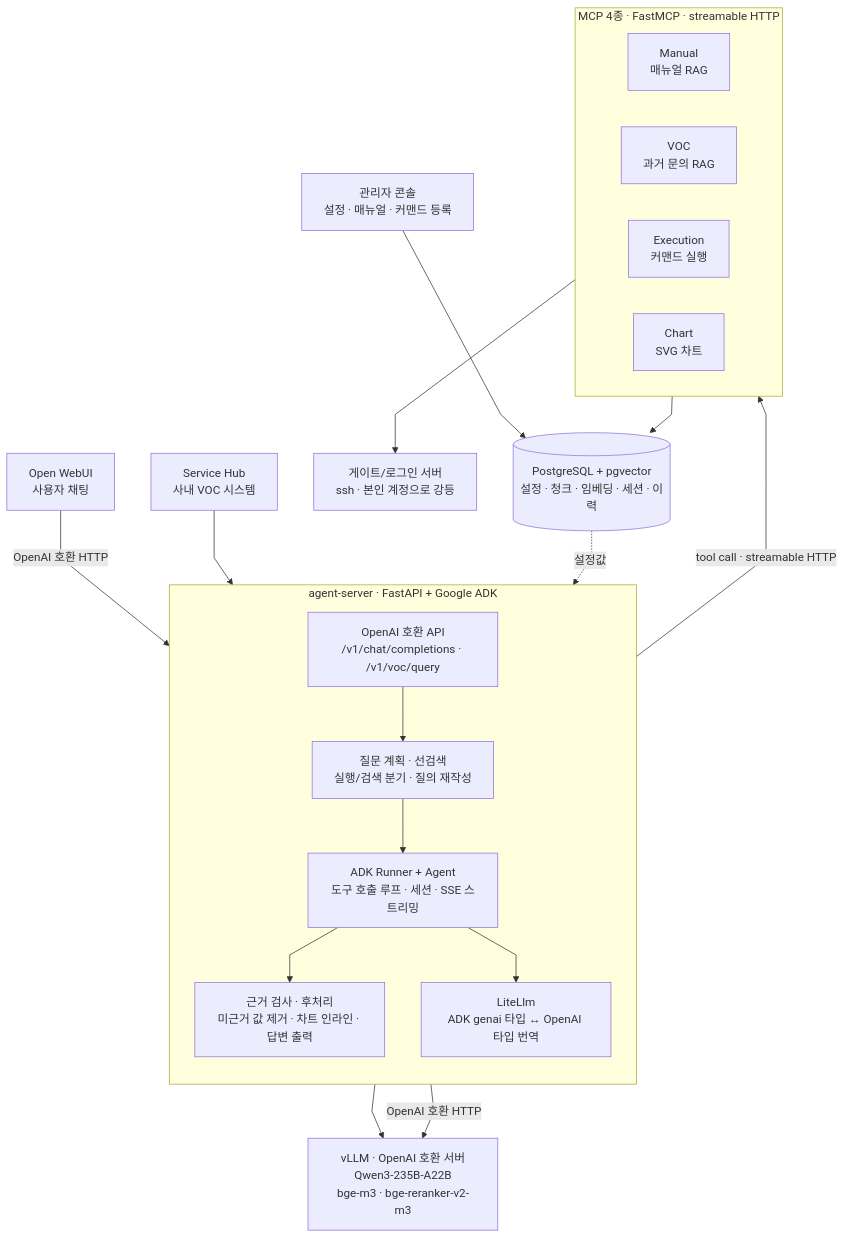
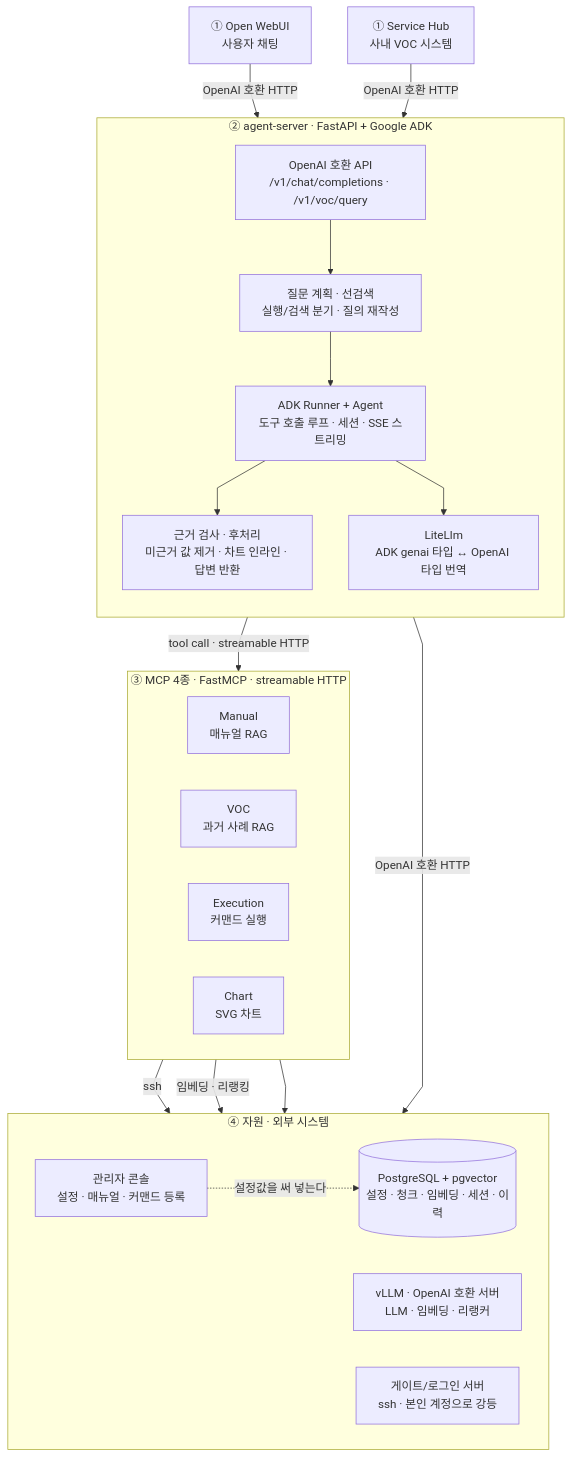
Before and after one commit to ssyrc/AI-Infra-Assistant-pub: the first of 3 diagrams in README.md, drawn with Mermaid. The commit also changed other lines of this file, not shown here.

Commit message:
README 1절 다이어그램을 위→아래 4단으로 재배치
① 요청(Open WebUI · Service Hub) → ② agent-server → ③ MCP 4종 →
④ 자원(PostgreSQL · 관리자 콘솔 · vLLM · 게이트/로그인 서버) 순으로 층을 쌓아,
시선이 위에서 아래로 내려가며 전체 흐름을 따라가게 했다.

- agent-server 열이 API → 질문 계획 → ADK Runner → LiteLlm 으로 곧게 서도록
  교차하던 선을 없앴다(질문 계획의 vLLM 직접 호출은 본문 설명으로 옮겼다).
- 선은 계속 직선만 쓴다(curve linear).

(#182)

````diff
--- a/README.md
+++ b/README.md
@@ -11,40 +14,43 @@
 ```mermaid
 %%{init: {'flowchart': {'curve': 'linear'}}}%%
 flowchart TB
-    OW["Open WebUI<br/>사용자 채팅"]
-    SH["Service Hub<br/>사내 VOC 시스템"]
+    OW["① Open WebUI<br/>사용자 채팅"]
+    SH["① Service Hub<br/>사내 VOC 시스템"]
 
-    subgraph AG["agent-server · FastAPI + Google ADK"]
+    subgraph AG["② agent-server · FastAPI + Google ADK"]
         direction TB
         API["OpenAI 호환 API<br/>/v1/chat/completions · /v1/voc/query"]
         PRE["질문 계획 · 선검색<br/>실행/검색 분기 · 질의 재작성"]
         RUN["ADK Runner + Agent<br/>도구 호출 루프 · 세션 · SSE 스트리밍"]
         LL["LiteLlm<br/>ADK genai 타입 ↔ OpenAI 타입 번역"]
-        POST["근거 검사 · 후처리<br/>미근거 값 제거 · 차트 인라인 · 답변 출력"]
+        POST["근거 검사 · 후처리<br/>미근거 값 제거 · 차트 인라인 · 답변 반환"]
         API --> PRE --> RUN --> POST
         RUN --> LL
     end
 
-    subgraph MCPS["MCP 4종 · FastMCP · streamable HTTP"]
+    subgraph MCPS["③ MCP 4종 · FastMCP · streamable HTTP"]
         direction LR
         M1["Manual<br/>매뉴얼 RAG"]
-        M2["VOC<br/>과거 문의 RAG"]
+        M2["VOC<br/>과거 사례 RAG"]
         M3["Execution<br/>커맨드 실행"]
         M4["Chart<br/>SVG 차트"]
     end
 
-    VLLM["vLLM · OpenAI 호환 서버<br/>Qwen3-235B-A22B<br/>bge-m3 · bge-reranker-v2-m3"]
-    HOST["게이트/로그인 서버<br/>ssh · 본인 계정으로 강등"]
-    PG[("PostgreSQL + pgvector<br/>설정 · 청크 · 임베딩 · 세션 · 이력")]
-    CON["관리자 콘솔<br/>설정 · 매뉴얼 · 커맨드 등록"]
+    subgraph RES["④ 자원 · 외부 시스템"]
+        direction LR
+        PG[("PostgreSQL + pgvector<br/>설정 · 청크 · 임베딩 · 세션 · 이력")]
+        CON["관리자 콘솔<br/>설정 · 매뉴얼 · 커맨드 등록"]
+        VLLM["vLLM · OpenAI 호환 서버<br/>LLM · 임베딩 · 리랭커"]
+        HOST["게이트/로그인 서버<br/>ssh · 본인 계정으로 강등"]
+    end
 
     OW -->|"OpenAI 호환 HTTP"| API
-    SH --> API
-    PRE --> VLLM
+    SH -->|"OpenAI 호환 HTTP"| API
+    RUN -->|"tool call · streamable HTTP"| MCPS
     LL -->|"OpenAI 호환 HTTP"| VLLM
-    RUN -->|"tool call · streamable HTTP"| MCPS
+    MCPS -->|"임베딩 · 리랭킹"| VLLM
     MCPS --> PG
-    M3 --> HOST
-    CON --> PG
-    PG -.->|"설정값"| AG
+    M3 -->|"ssh"| HOST
+    MCPS ~~~ CON
+    CON -.->|"설정값을 써 넣는다"| PG
 ```
````
